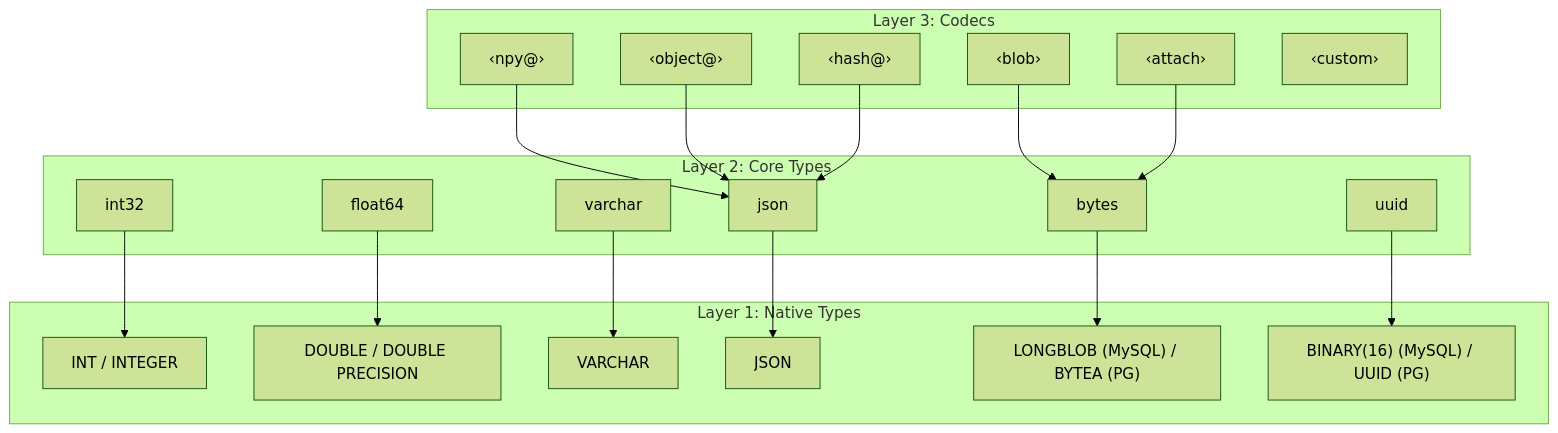
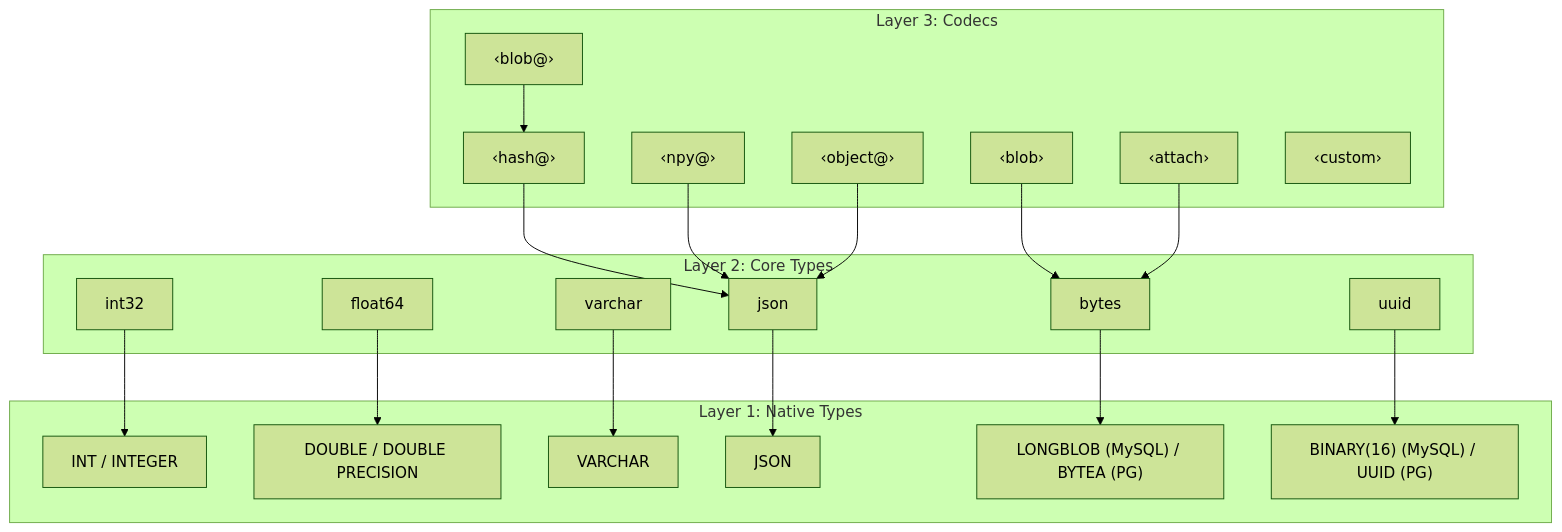
Before and after one commit to datajoint/datajoint-docs: the diagram in src/explanation/type-system.md, drawn with Mermaid (forest theme).

Commit message:
docs: Show codec chaining in diagram (<blob@> → <hash@>)
Add <blob@> as separate node showing how it chains through <hash@>
for hash-addressed object storage with deduplication.

````diff
--- a/src/explanation/type-system.md
+++ b/src/explanation/type-system.md
@@ -11,40 +11,42 @@
 ```mermaid
 graph TB
     subgraph "Layer 3: Codecs"
         blob["‹blob›"]
+        blob_at["‹blob@›"]
         attach["‹attach›"]
         npy["‹npy@›"]
         object["‹object@›"]
         hash["‹hash@›"]
         custom["‹custom›"]
     end
     subgraph "Layer 2: Core Types"
         int32
         float64
         varchar
         json
         bytes
         uuid
     end
     subgraph "Layer 1: Native Types"
         INT["INT / INTEGER"]
         DOUBLE["DOUBLE / DOUBLE PRECISION"]
         VARCHAR_N["VARCHAR"]
         JSON_N["JSON"]
         BYTES_N["LONGBLOB (MySQL) / BYTEA (PG)"]
         UUID_N["BINARY(16) (MySQL) / UUID (PG)"]
     end
 
     blob --> bytes
+    blob_at --> hash
+    hash --> json
     attach --> bytes
     npy --> json
     object --> json
-    hash --> json
 
     bytes --> BYTES_N
     json --> JSON_N
     int32 --> INT
     float64 --> DOUBLE
     varchar --> VARCHAR_N
     uuid --> UUID_N
 ```
````
